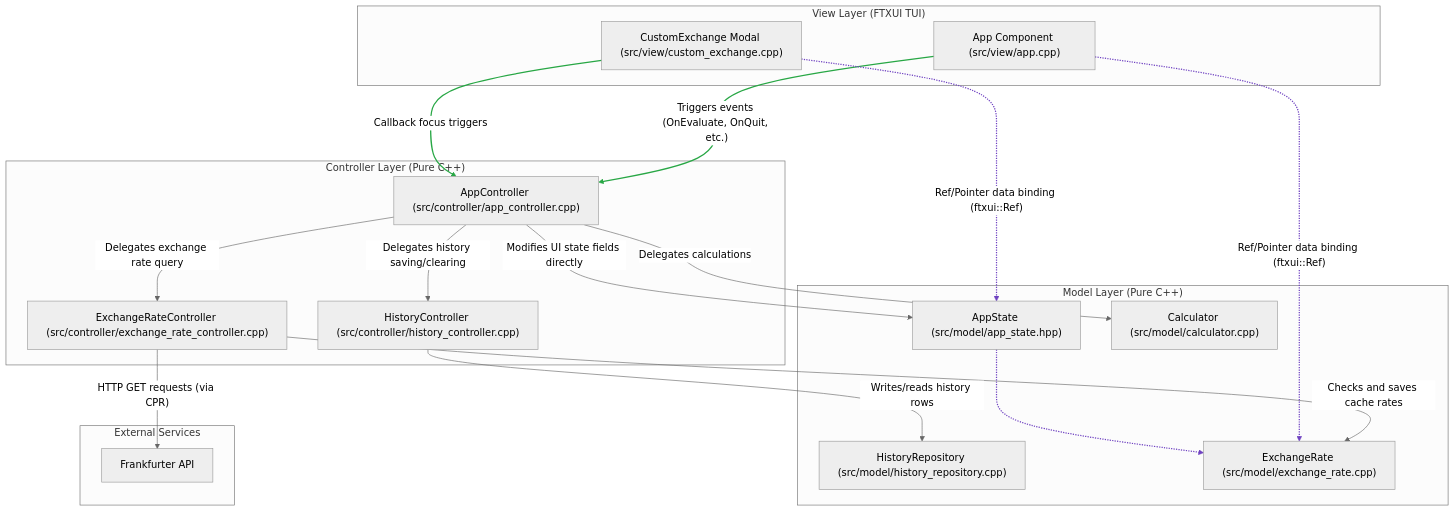
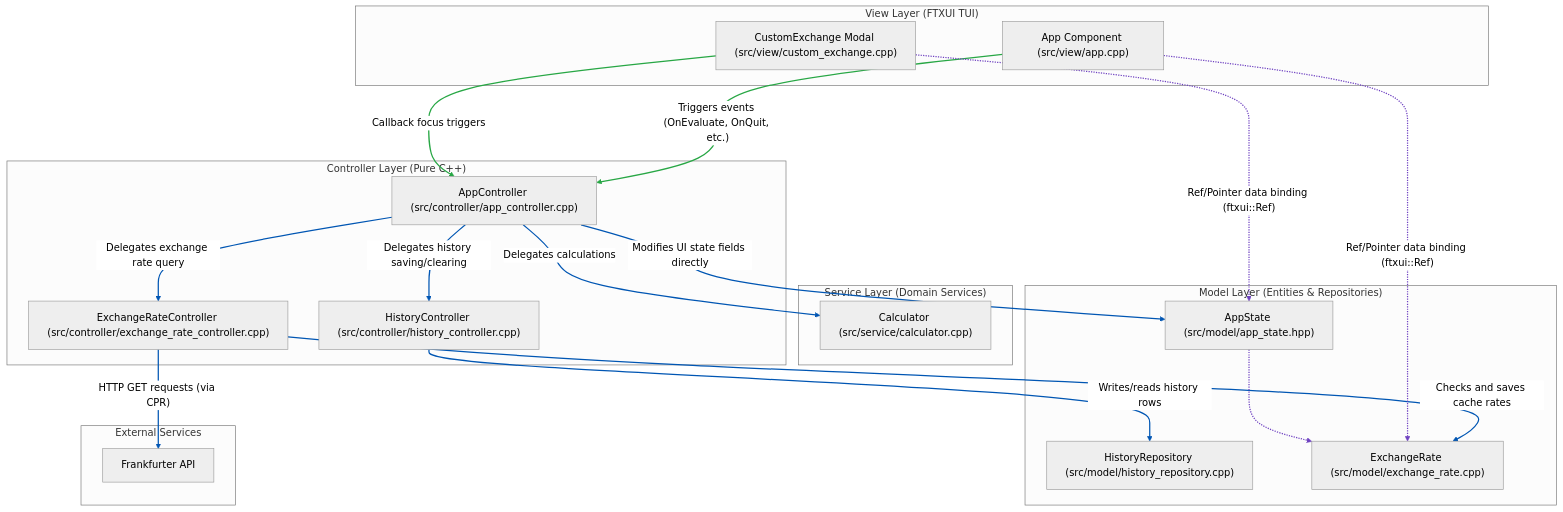
One commit to MallocNexus/calc_cli changed the first of 6 diagrams in docs/separation-of-concerns.md. Above: the diagram before and after it, drawn with Mermaid (neutral theme). The commit also changed other lines of this file and 16 other files, not shown here.

First line of the commit message:
Refactor calculator and parser components into service layer

````diff
--- a/docs/separation-of-concerns.md
+++ b/docs/separation-of-concerns.md
@@ -11,47 +11,53 @@
 ```mermaid
 graph TD
     %% Layers Definition
     subgraph View ["View Layer (FTXUI TUI)"]
         App["App Component (src/view/app.cpp)"]
         CustomExchange["CustomExchange Modal (src/view/custom_exchange.cpp)"]
     end
 
     subgraph Controller ["Controller Layer (Pure C++)"]
         AppCtrl["AppController (src/controller/app_controller.cpp)"]
         HistCtrl["HistoryController (src/controller/history_controller.cpp)"]
         ExchCtrl["ExchangeRateController (src/controller/exchange_rate_controller.cpp)"]
     end
 
-    subgraph Model ["Model Layer (Pure C++)"]
+    subgraph Service ["Service Layer (Domain Services)"]
+        Calc["Calculator (src/service/calculator.cpp)"]
+    end
+
+    subgraph Model ["Model Layer (Entities & Repositories)"]
         State["AppState (src/model/app_state.hpp)"]
-        Calc["Calculator (src/model/calculator.cpp)"]
         HistRepo["HistoryRepository (src/model/history_repository.cpp)"]
         ExchRepo["ExchangeRate (src/model/exchange_rate.cpp)"]
     end
 
     subgraph External ["External Services"]
         Frankfurter["Frankfurter API"]
     end
 
     %% Interactions
     App -->|"Triggers events (OnEvaluate, OnQuit, etc.)"| AppCtrl
     CustomExchange -->|"Callback focus triggers"| AppCtrl
     AppCtrl -->|"Modifies UI state fields directly"| State
     AppCtrl -->|"Delegates calculations"| Calc
     AppCtrl -->|"Delegates history saving/clearing"| HistCtrl
     AppCtrl -->|"Delegates exchange rate query"| ExchCtrl
     HistCtrl -->|"Writes/reads history rows"| HistRepo
     ExchCtrl -->|"Checks and saves cache rates"| ExchRepo
     ExchCtrl -->|"HTTP GET requests (via CPR)"| Frankfurter
     
     %% Data Binding (Reversed to match strict UML dependency direction)
     App -.->|"Ref/Pointer data binding (ftxui::Ref)"| ExchRepo
     CustomExchange -.->|"Ref/Pointer data binding (ftxui::Ref)"| State
     State -.-> ExchRepo
 
     %% Style Event Arrows Green
     linkStyle 0,1 stroke:#28a745,stroke-width:2px;
 
+    %% Style All Other Flow Lines Darker Blue
+    linkStyle 2,3,4,5,6,7,8 stroke:#0056b3,stroke-width:2px;
+
     %% Style Data Binding Arrows Purple
     linkStyle 9,10,11 stroke:#6f42c1,stroke-width:2px;
 ```
````
